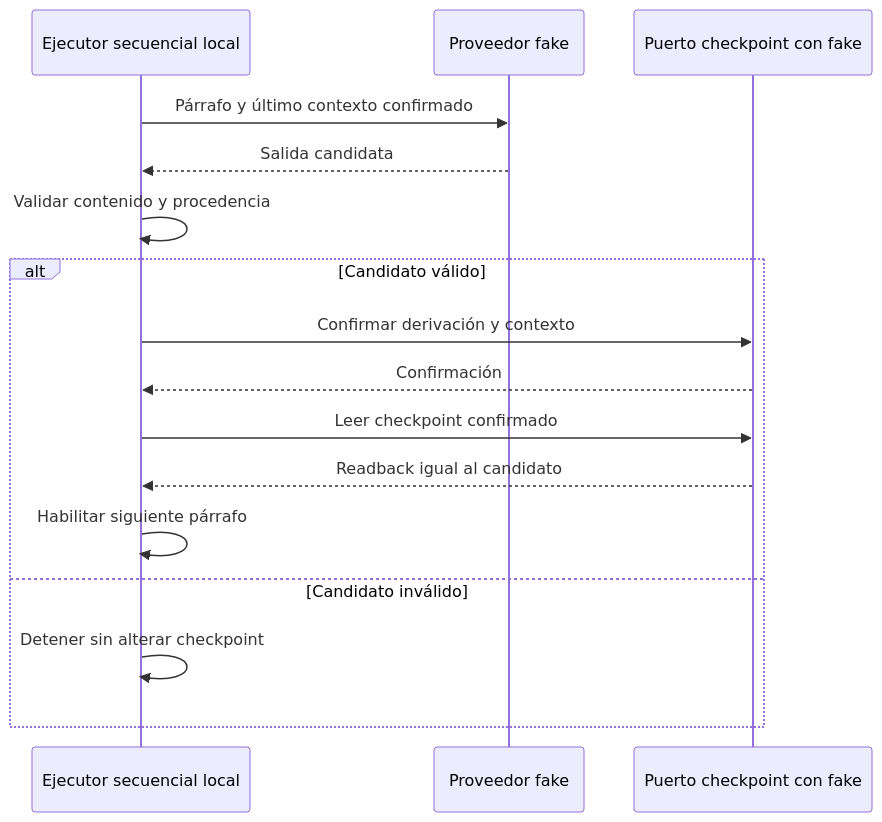
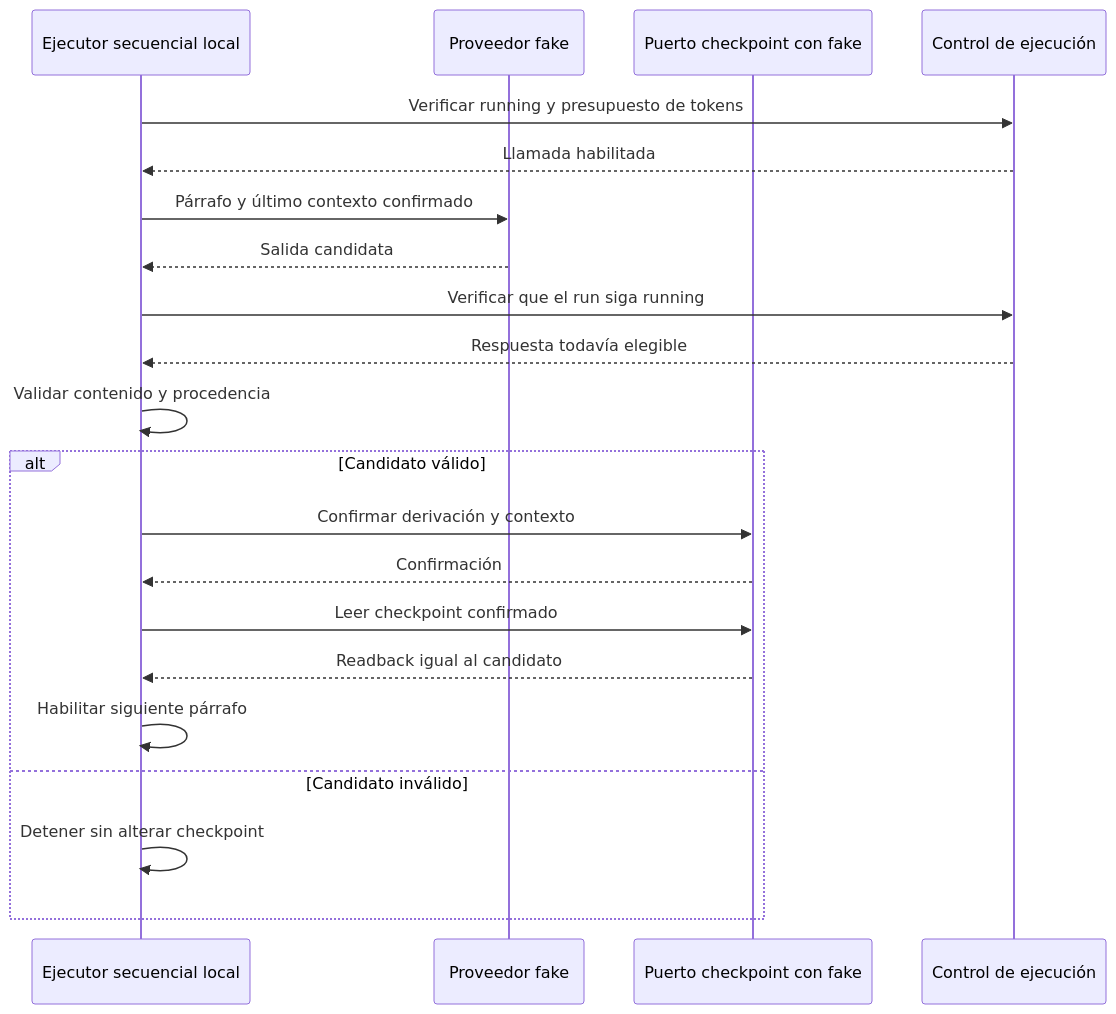
One commit to afpogo/sst-chatbot changed the third of 3 diagrams in docs/architecture/article-processing-pipeline.md. Above: the diagram before and after it, drawn with Mermaid. The commit also changed other lines of this file and 11 other files, not shown here.

````diff
--- a/docs/architecture/article-processing-pipeline.md
+++ b/docs/architecture/article-processing-pipeline.md
@@ -244,18 +265,23 @@
 ```mermaid
 sequenceDiagram
     participant C as Ejecutor secuencial local
     participant L as Proveedor fake
     participant K as Puerto checkpoint con fake
+    participant E as Control de ejecución
+    C->>E: Verificar running y presupuesto de tokens
+    E-->>C: Llamada habilitada
     C->>L: Párrafo y último contexto confirmado
     L-->>C: Salida candidata
+    C->>E: Verificar que el run siga running
+    E-->>C: Respuesta todavía elegible
     C->>C: Validar contenido y procedencia
     alt Candidato válido
         C->>K: Confirmar derivación y contexto
         K-->>C: Confirmación
         C->>K: Leer checkpoint confirmado
         K-->>C: Readback igual al candidato
         C->>C: Habilitar siguiente párrafo
     else Candidato inválido
         C->>C: Detener sin alterar checkpoint
     end
 ```
````
